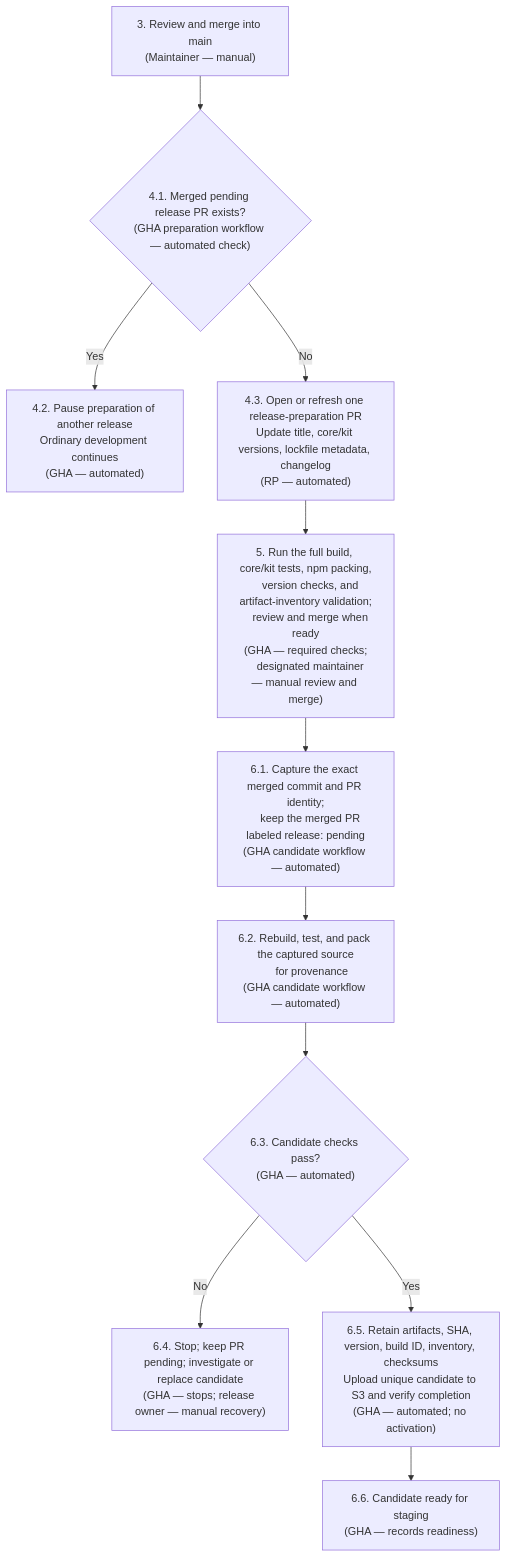
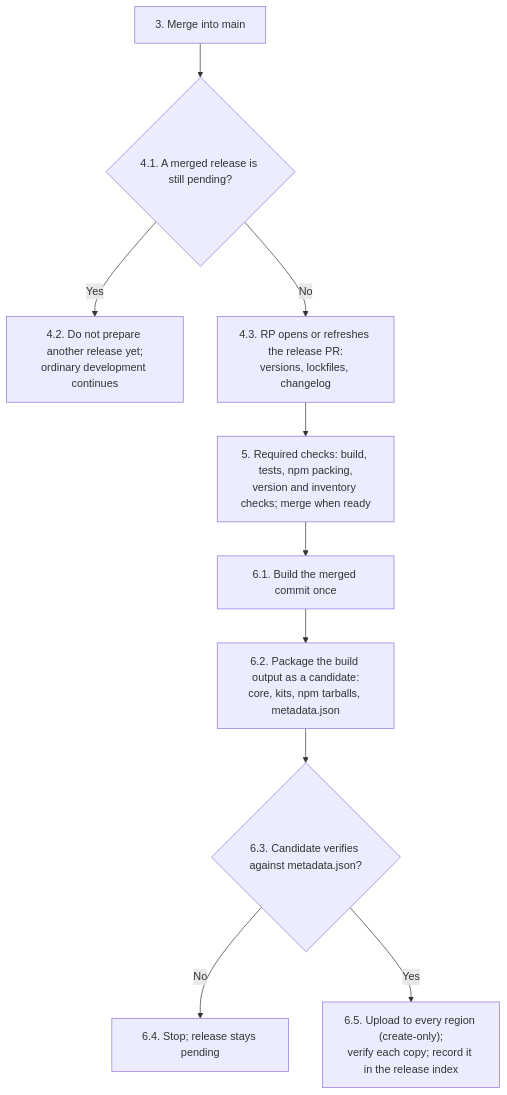
The second of 4 diagrams in v3-trunk-release-flow.md (mParticle/mparticle-web-sdk), drawn with Mermaid before and after one commit. The commit also changed other lines of this file, not shown here.

First line of the commit message:
docs(release): fold the addendum into the V3 trunk release design

````diff
--- a/v3-trunk-release-flow.md
+++ b/v3-trunk-release-flow.md
@@ -91,19 +79,12 @@
 ```mermaid
 flowchart TD
-    C["3. Review and merge into main<br/>(Maintainer — manual)"]
-    C --> D{"4.1. Merged pending release PR exists?<br/>(GHA preparation workflow — automated check)"}
-    D -- Yes --> E["4.2. Pause preparation of another release<br/>Ordinary development continues<br/>(GHA — automated)"]
-    D -- No --> F["4.3. Open or refresh one release-preparation PR<br/>Update title, core/kit versions, lockfile metadata, changelog<br/>(RP — automated)"]
-    F --> G["5. Run the full build, core/kit tests, npm packing,
-    version checks, and artifact-inventory validation;
-    review and merge when ready<br/>(GHA — required checks;
-    designated maintainer — manual review and merge)"]
-    G --> H["6.1. Capture the exact merged commit and PR identity;
-    keep the merged PR labeled release: pending<br/>(GHA candidate workflow — automated)"]
-    H --> I["6.2. Rebuild, test, and pack the captured source
-    for provenance<br/>(GHA candidate workflow — automated)"]
-    I --> J{"6.3. Candidate checks pass?<br/>(GHA — automated)"}
-    J -- No --> R["6.4. Stop; keep PR pending; investigate or replace candidate<br/>(GHA — stops; release owner — manual recovery)"]
-    J -- Yes --> K["6.5. Retain artifacts, SHA, version, build ID, inventory, checksums<br/>Upload unique candidate to S3 and verify completion<br/>(GHA — automated; no activation)"]
-    K --> L["6.6. Candidate ready for staging<br/>(GHA — records readiness)"]
+    C["3. Merge into main"] --> D{"4.1. A merged release is still pending?"}
+    D -- Yes --> E["4.2. Do not prepare another release yet;<br/>ordinary development continues"]
+    D -- No --> F["4.3. RP opens or refreshes the release PR:<br/>versions, lockfiles, changelog"]
+    F --> G["5. Required checks: build, tests, npm packing,<br/>version and inventory checks; merge when ready"]
+    G --> H["6.1. Build the merged commit once"]
+    H --> I["6.2. Package the build output as a candidate:<br/>core, kits, npm tarballs, metadata.json"]
+    I --> J{"6.3. Candidate verifies against metadata.json?"}
+    J -- No --> R["6.4. Stop; release stays pending"]
+    J -- Yes --> K["6.5. Upload to every region (create-only);<br/>verify each copy; record it in the release index"]
 ```
````
